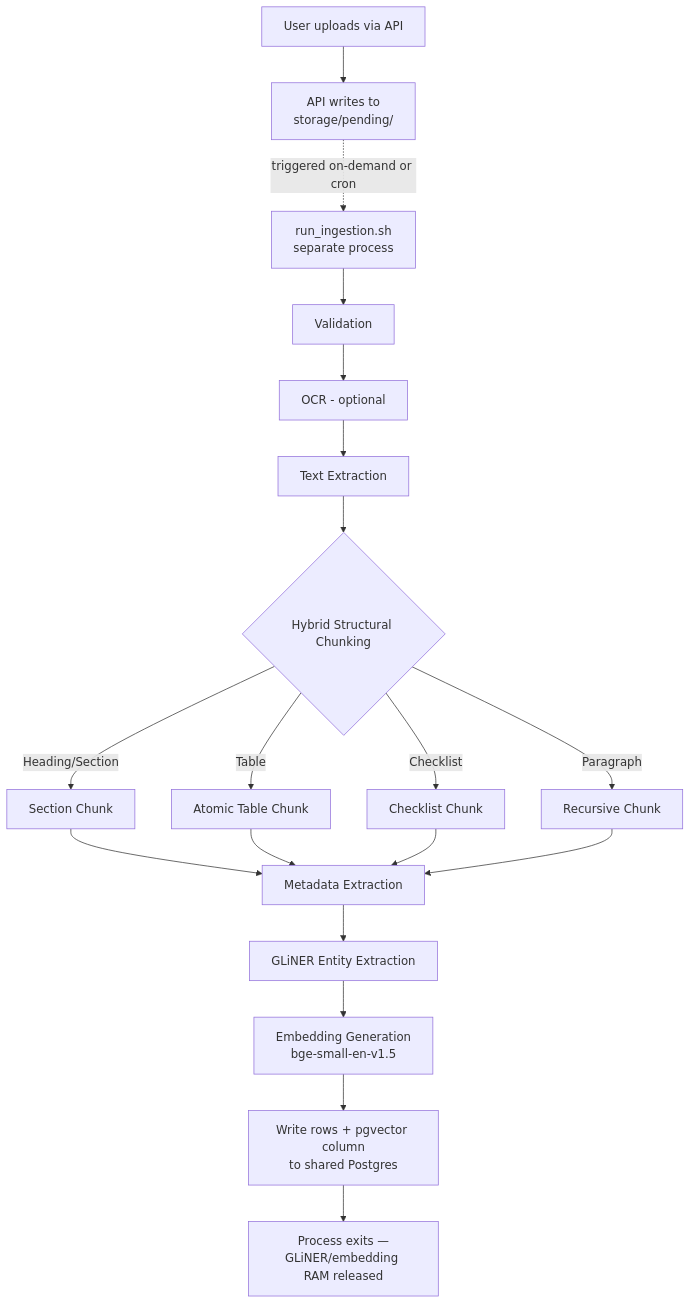
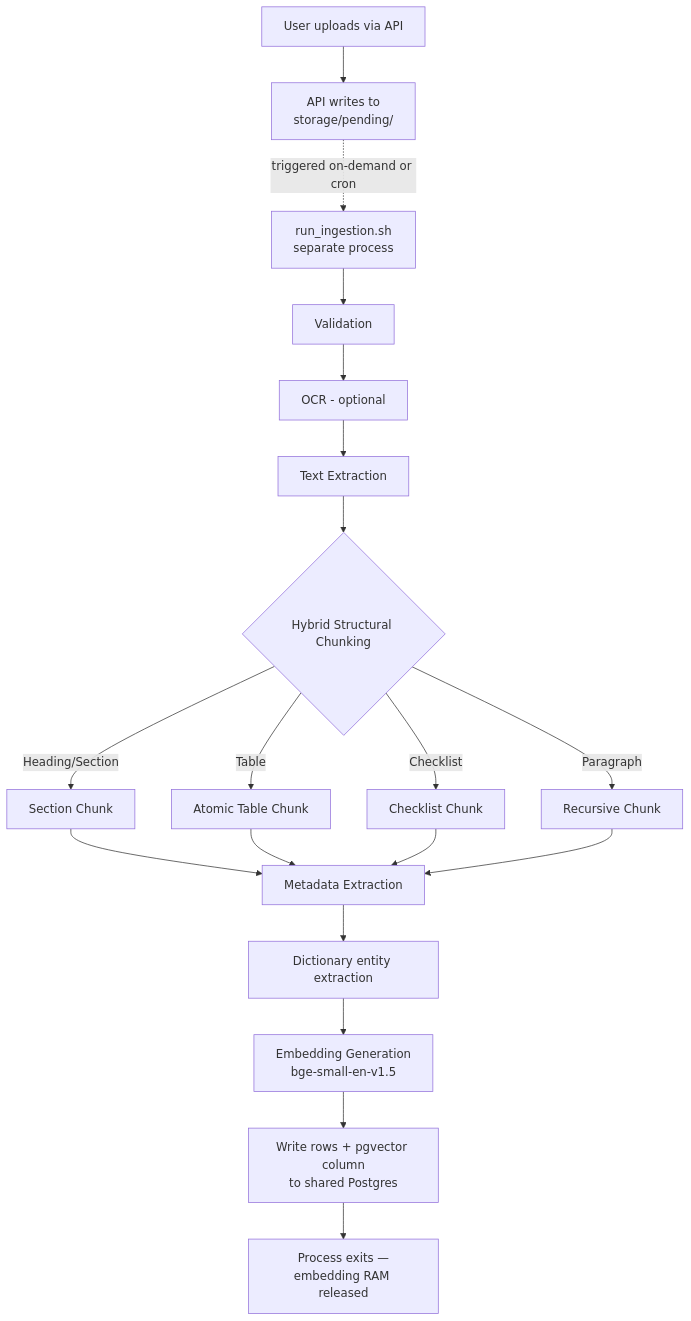
Before and after one commit to shreenidhi-vlookup/Hexta: the fifth of 7 diagrams in Final_System_Design.md, drawn with Mermaid. The commit also changed other lines of this file and 33 other files, not shown here.

````diff
--- a/Final_System_Design.md
+++ b/Final_System_Design.md
@@ -184,21 +182,21 @@
 ```mermaid
 flowchart TD
     UP[User uploads via API] --> QUEUE[API writes to<br/>storage/pending/]
     QUEUE -.triggered on-demand or cron.-> BATCH[run_ingestion.sh<br/>separate process]
     BATCH --> VALID[Validation]
     VALID --> OCR[OCR - optional]
     OCR --> EXTRACT[Text Extraction]
     EXTRACT --> CHUNK{Hybrid Structural Chunking}
     CHUNK -->|Heading/Section| SEC[Section Chunk]
     CHUNK -->|Table| TBL[Atomic Table Chunk]
     CHUNK -->|Checklist| CHK[Checklist Chunk]
     CHUNK -->|Paragraph| PARA[Recursive Chunk]
     SEC --> META[Metadata Extraction]
     TBL --> META
     CHK --> META
     PARA --> META
-    META --> ENT[GLiNER Entity Extraction]
+    META --> ENT[Dictionary entity extraction]
     ENT --> EMB[Embedding Generation<br/>bge-small-en-v1.5]
     EMB --> IDX[Write rows + pgvector column<br/>to shared Postgres]
-    IDX --> DONE[Process exits —<br/>GLiNER/embedding RAM released]
+    IDX --> DONE[Process exits —<br/>embedding RAM released]
 ```
````
